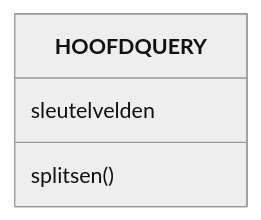
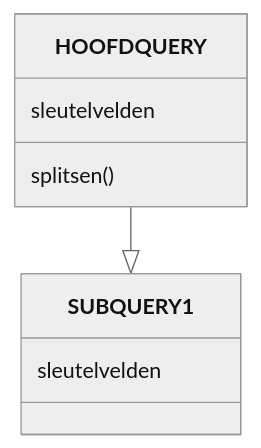
One commit to fvdsdel/BI_publisher changed the diagram in sandbox/diagram.md. Above: the diagram before and after it, drawn with Mermaid (neutral theme).

````diff
--- a/sandbox/diagram.md
+++ b/sandbox/diagram.md
@@ -1,8 +1,11 @@
 ```mermaid
 classDiagram
     HOOFDQUERY: sleutelvelden
     HOOFDQUERY: splitsen()
+    HOOFDQUERY --|> SUBQUERY1
   
-
+class SUBQUERY1{
+      sleutelvelden
+    }
 
 ```
````
